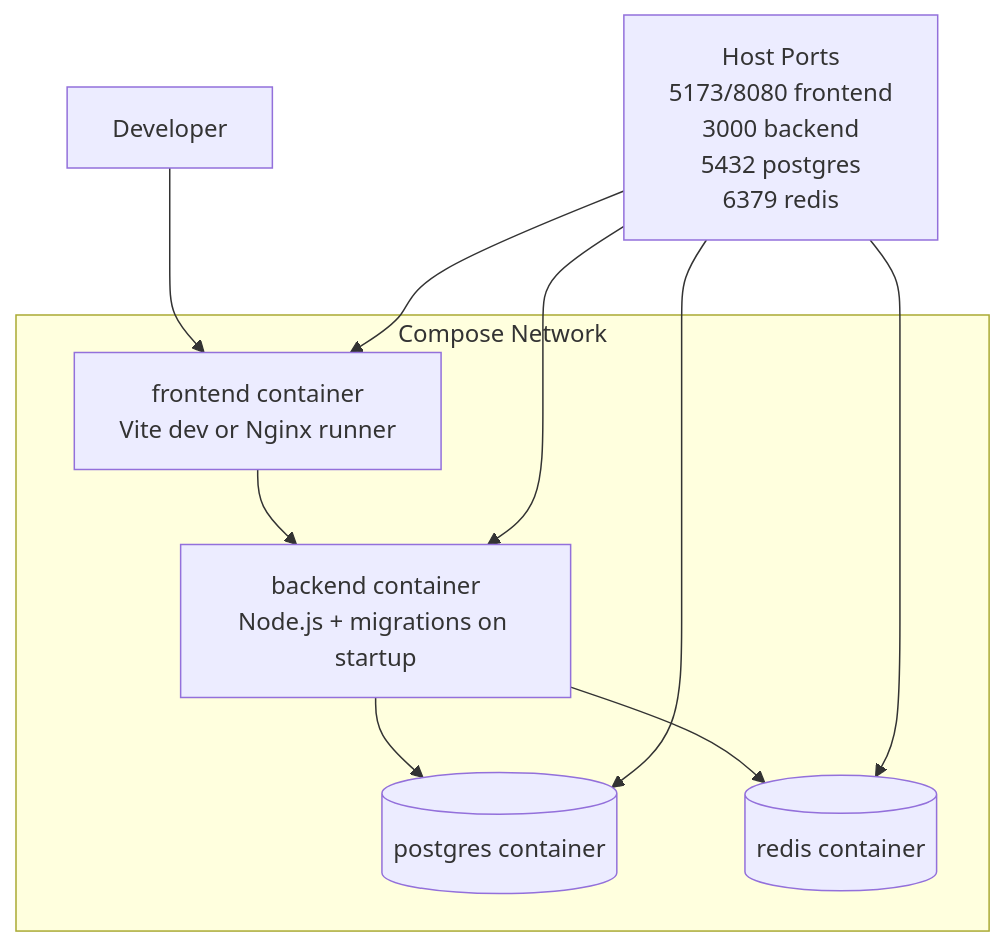
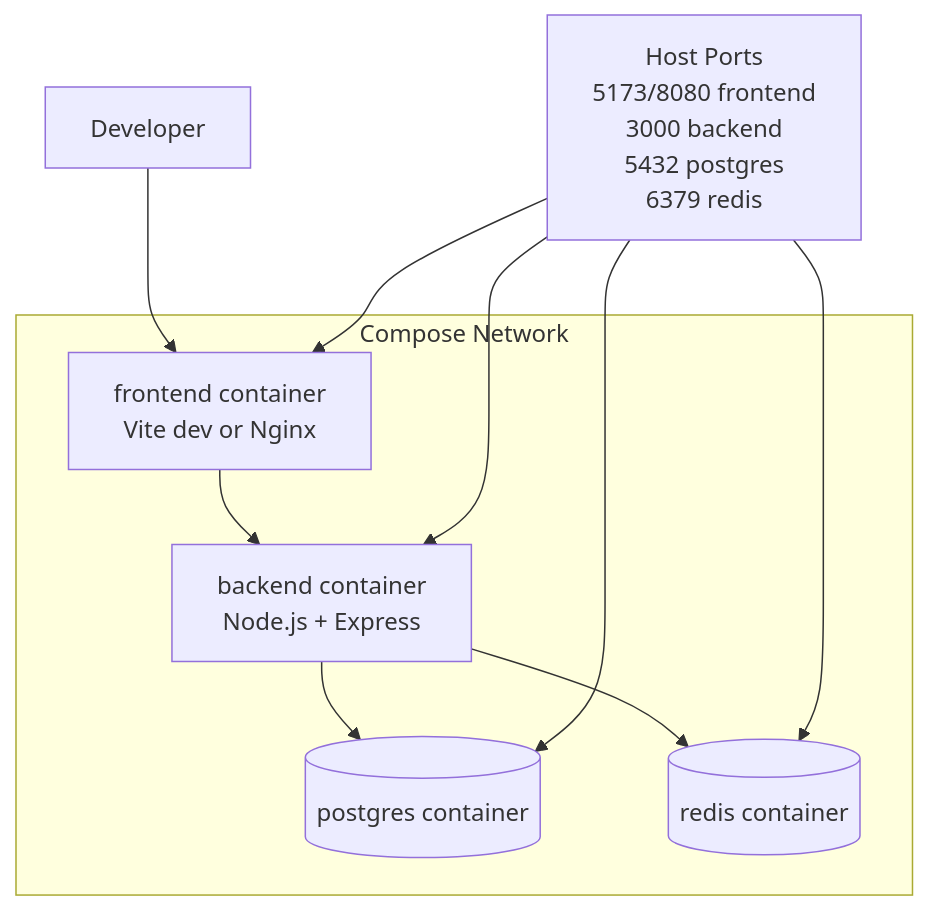
The sixth of 6 diagrams in README.md (nldq092203/FamMeal), drawn with Mermaid before and after one commit. The commit also changed other lines of this file and 16 other files, not shown here.

````diff
--- a/README.md
+++ b/README.md
@@ -254,20 +316,20 @@
 ```mermaid
 flowchart TB
-    User[Developer] --> FE[frontend container\nVite dev or Nginx runner]
-    FE --> BE[backend container\nNode.js + migrations on startup]
+    User[Developer] --> FE[frontend container\nVite dev or Nginx]
+    FE --> BE[backend container\nNode.js + Express]
     BE --> PG[(postgres container)]
     BE --> RD[(redis container)]
 
     subgraph ComposeNetwork[Compose Network]
       FE
       BE
       PG
       RD
     end
 
     HostPorts[Host Ports\n5173/8080 frontend\n3000 backend\n5432 postgres\n6379 redis]
     HostPorts --> FE
     HostPorts --> BE
     HostPorts --> PG
     HostPorts --> RD
 ```
````
